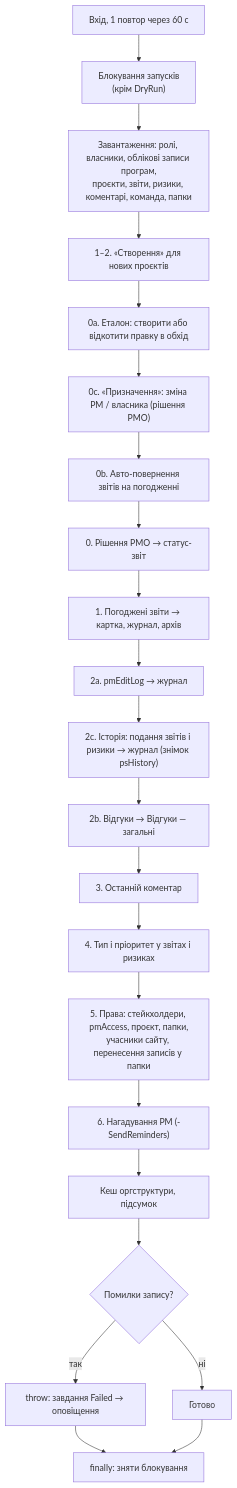
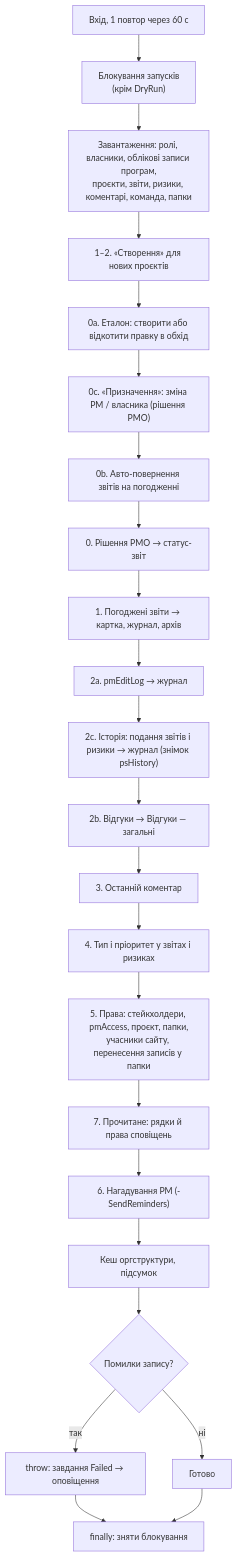
Before and after one commit to Acidsly/pmo-portal: the tenth of 15 diagrams in docs/ARCHITECTURE.md, drawn with Mermaid. The commit also changed other lines of this file and 33 other files, not shown here.

````diff
--- a/docs/ARCHITECTURE.md
+++ b/docs/ARCHITECTURE.md
@@ -273,24 +277,25 @@
 ```mermaid
 flowchart TD
     C["Вхід, 1 повтор через 60 с"] --> L["Блокування запусків<br/>(крім DryRun)"]
     L --> LD["Завантаження: ролі, власники, облікові записи програм,<br/>проєкти, звіти, ризики, коментарі, команда, папки"]
     LD --> S12["1–2. «Створення» для нових проєктів"]
     S12 --> S0a["0a. Еталон: створити або відкотити правку в обхід"]
     S0a --> S0c["0c. «Призначення»: зміна PM / власника (рішення PMO)"]
     S0c --> S0b["0b. Авто-повернення звітів на погодженні"]
     S0b --> S0["0. Рішення PMO → статус-звіт"]
     S0 --> S1["1. Погоджені звіти → картка, журнал, архів"]
     S1 --> S2a["2a. pmEditLog → журнал"]
     S2a --> S2c["2c. Історія: подання звітів і ризики → журнал (знімок psHistory)"]
     S2c --> S2b["2b. Відгуки → Відгуки — загальні"]
     S2b --> S3["3. Останній коментар"]
     S3 --> S4["4. Тип і пріоритет у звітах і ризиках"]
     S4 --> S5["5. Права: стейкхолдери, pmAccess, проєкт, папки,<br/>учасники сайту, перенесення записів у папки"]
-    S5 --> S6["6. Нагадування PM (-SendReminders)"]
+    S5 --> S7["7. Прочитане: рядки й права сповіщень"]
+    S7 --> S6["6. Нагадування PM (-SendReminders)"]
     S6 --> K["Кеш оргструктури, підсумок"]
     K --> X{"Помилки запису?"}
     X -- так --> F["throw: завдання Failed → оповіщення"]
     X -- ні --> OK["Готово"]
     F --> UL["finally: зняти блокування"]
     OK --> UL
 ```
````
